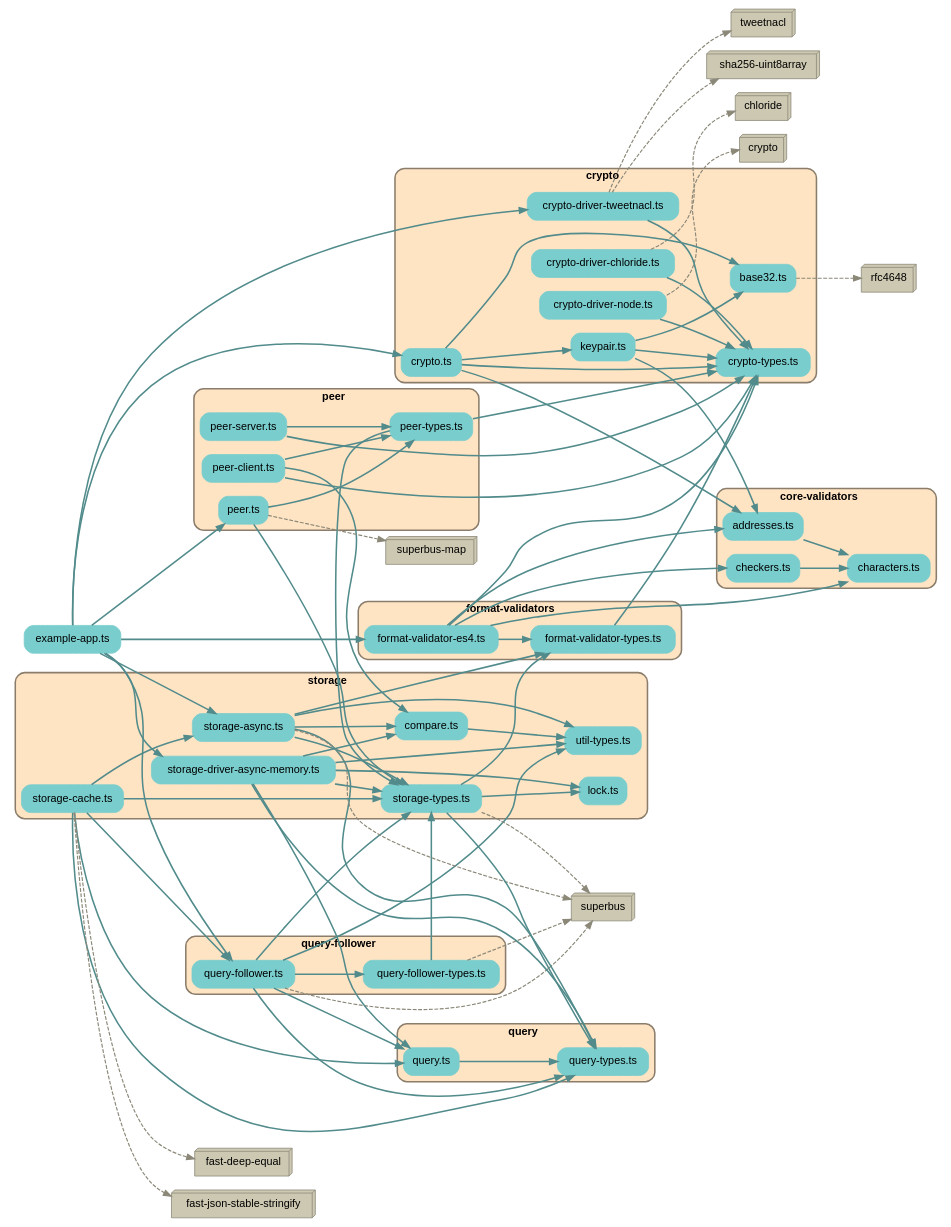
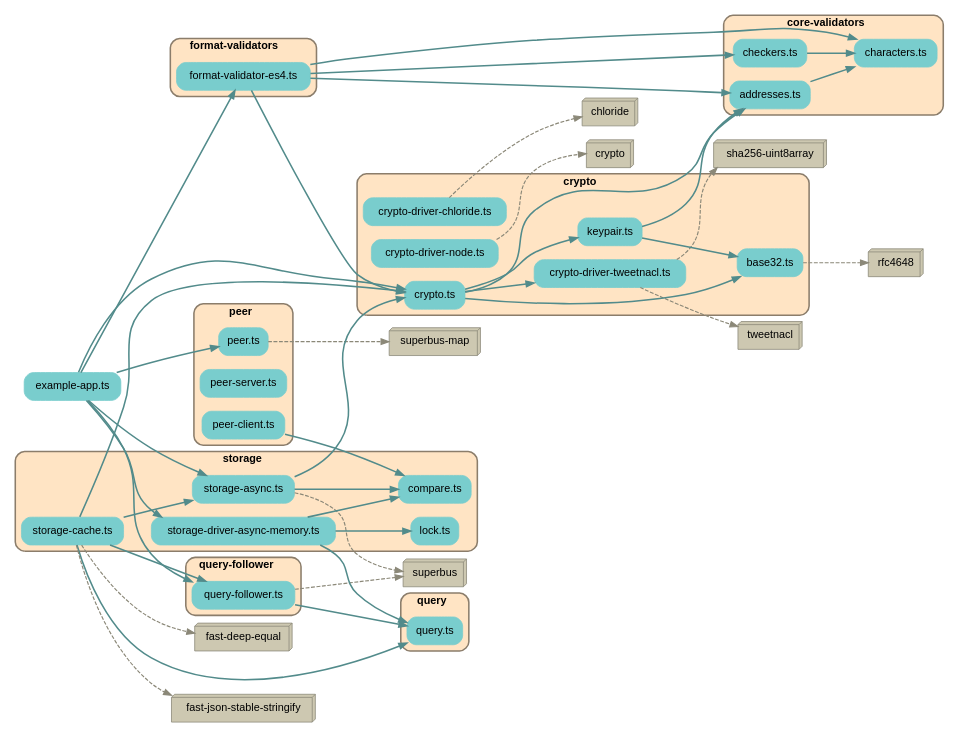
One commit to earthstar-project/earthstar changed the diagram in depchart/depchart-deps.dot. Above: the diagram before and after it, drawn with Graphviz. The commit also changed 11 other files, not shown here.

```diff
--- a/depchart/depchart-deps.dot
+++ b/depchart/depchart-deps.dot
@@ -13,7 +13,7 @@
     // files in their folder clusters
         "src/example-app.ts" [label="example-app.ts", shape=rectangle; style="rounded,filled"; color=darkslategray3];
 
-        subgraph cluster6145265235 {
+        subgraph cluster2351233740 {
             label=<<b>core-validators</b>>;
             style="rounded,filled";
             fillcolor=bisque;
@@ -25,7 +25,7 @@
             "src/core-validators/checkers.ts" [label="checkers.ts", shape=rectangle; style="rounded,filled"; color=darkslategray3];
         }
 
-        subgraph cluster9472546566 {
+        subgraph cluster9778582570 {
             label=<<b>crypto</b>>;
             style="rounded,filled";
             fillcolor=bisque;
@@ -36,12 +36,11 @@
             "src/crypto/crypto-driver-chloride.ts" [label="crypto-driver-chloride.ts", shape=rectangle; style="rounded,filled"; color=darkslategray3];
             "src/crypto/crypto-driver-node.ts" [label="crypto-driver-node.ts", shape=rectangle; style="rounded,filled"; color=darkslategray3];
             "src/crypto/crypto-driver-tweetnacl.ts" [label="crypto-driver-tweetnacl.ts", shape=rectangle; style="rounded,filled"; color=darkslategray3];
-            "src/crypto/crypto-types.ts" [label="crypto-types.ts", shape=rectangle; style="rounded,filled"; color=darkslategray3];
             "src/crypto/crypto.ts" [label="crypto.ts", shape=rectangle; style="rounded,filled"; color=darkslategray3];
             "src/crypto/keypair.ts" [label="keypair.ts", shape=rectangle; style="rounded,filled"; color=darkslategray3];
         }
 
-        subgraph cluster6405069589 {
+        subgraph cluster8573374882 {
             label=<<b>format-validators</b>>;
             style="rounded,filled";
             fillcolor=bisque;
@@ -49,10 +48,9 @@
             penwidth=2;
                     
             "src/format-validators/format-validator-es4.ts" [label="format-validator-es4.ts", shape=rectangle; style="rounded,filled"; color=darkslategray3];
-            "src/format-validators/format-validator-types.ts" [label="format-validator-types.ts", shape=rectangle; style="rounded,filled"; color=darkslategray3];
         }
 
-        subgraph cluster9331899579 {
+        subgraph cluster794025908 {
             label=<<b>peer</b>>;
             style="rounded,filled";
             fillcolor=bisque;
@@ -61,33 +59,30 @@
                     
             "src/peer/peer-client.ts" [label="peer-client.ts", shape=rectangle; style="rounded,filled"; color=darkslategray3];
             "src/peer/peer-server.ts" [label="peer-server.ts", shape=rectangle; style="rounded,filled"; color=darkslategray3];
-            "src/peer/peer-types.ts" [label="peer-types.ts", shape=rectangle; style="rounded,filled"; color=darkslategray3];
             "src/peer/peer.ts" [label="peer.ts", shape=rectangle; style="rounded,filled"; color=darkslategray3];
         }
 
-        subgraph cluster7051660984 {
+        subgraph cluster6085644162 {
             label=<<b>query-follower</b>>;
             style="rounded,filled";
             fillcolor=bisque;
             color=bisque4;
             penwidth=2;
                     
-            "src/query-follower/query-follower-types.ts" [label="query-follower-types.ts", shape=rectangle; style="rounded,filled"; color=darkslategray3];
             "src/query-follower/query-follower.ts" [label="query-follower.ts", shape=rectangle; style="rounded,filled"; color=darkslategray3];
         }
 
-        subgraph cluster6035414639 {
+        subgraph cluster4226488934 {
             label=<<b>query</b>>;
             style="rounded,filled";
             fillcolor=bisque;
             color=bisque4;
             penwidth=2;
                     
-            "src/query/query-types.ts" [label="query-types.ts", shape=rectangle; style="rounded,filled"; color=darkslategray3];
             "src/query/query.ts" [label="query.ts", shape=rectangle; style="rounded,filled"; color=darkslategray3];
         }
 
-        subgraph cluster5355224194 {
+        subgraph cluster2393717517 {
             label=<<b>storage</b>>;
             style="rounded,filled";
             fillcolor=bisque;
@@ -99,8 +94,6 @@
             "src/storage/storage-async.ts" [label="storage-async.ts", shape=rectangle; style="rounded,filled"; color=darkslategray3];
             "src/storage/storage-cache.ts" [label="storage-cache.ts", shape=rectangle; style="rounded,filled"; color=darkslategray3];
             "src/storage/storage-driver-async-memory.ts" [label="storage-driver-async-memory.ts", shape=rectangle; style="rounded,filled"; color=darkslategray3];
-            "src/storage/storage-types.ts" [label="storage-types.ts", shape=rectangle; style="rounded,filled"; color=darkslategray3];
-            "src/storage/util-types.ts" [label="util-types.ts", shape=rectangle; style="rounded,filled"; color=darkslategray3];
         }
 
     // packages not in their own cluster
@@ -117,65 +110,33 @@
     // edges between files
     "src/core-validators/addresses.ts" -> "src/core-validators/characters.ts" [penwidth=2; color=darkslategray4];
     "src/core-validators/checkers.ts" -> "src/core-validators/characters.ts" [penwidth=2; color=darkslategray4];
-    "src/crypto/crypto-driver-chloride.ts" -> "src/crypto/crypto-types.ts" [penwidth=2; color=darkslategray4];
-    "src/crypto/crypto-driver-node.ts" -> "src/crypto/crypto-types.ts" [penwidth=2; color=darkslategray4];
-    "src/crypto/crypto-driver-tweetnacl.ts" -> "src/crypto/crypto-types.ts" [penwidth=2; color=darkslategray4];
-    "src/crypto/crypto.ts" -> "src/crypto/crypto-types.ts" [penwidth=2; color=darkslategray4];
     "src/crypto/crypto.ts" -> "src/crypto/base32.ts" [penwidth=2; color=darkslategray4];
     "src/crypto/crypto.ts" -> "src/crypto/keypair.ts" [penwidth=2; color=darkslategray4];
     "src/crypto/crypto.ts" -> "src/core-validators/addresses.ts" [penwidth=2; color=darkslategray4];
+    "src/crypto/crypto.ts" -> "src/crypto/crypto-driver-tweetnacl.ts" [penwidth=2; color=darkslategray4];
     "src/crypto/keypair.ts" -> "src/crypto/base32.ts" [penwidth=2; color=darkslategray4];
-    "src/crypto/keypair.ts" -> "src/crypto/crypto-types.ts" [penwidth=2; color=darkslategray4];
     "src/crypto/keypair.ts" -> "src/core-validators/addresses.ts" [penwidth=2; color=darkslategray4];
     "src/example-app.ts" -> "src/format-validators/format-validator-es4.ts" [penwidth=2; color=darkslategray4];
     "src/example-app.ts" -> "src/storage/storage-driver-async-memory.ts" [penwidth=2; color=darkslategray4];
     "src/example-app.ts" -> "src/storage/storage-async.ts" [penwidth=2; color=darkslategray4];
     "src/example-app.ts" -> "src/crypto/crypto.ts" [penwidth=2; color=darkslategray4];
-    "src/example-app.ts" -> "src/crypto/crypto-driver-tweetnacl.ts" [penwidth=2; color=darkslategray4];
     "src/example-app.ts" -> "src/query-follower/query-follower.ts" [penwidth=2; color=darkslategray4];
     "src/example-app.ts" -> "src/peer/peer.ts" [penwidth=2; color=darkslategray4];
-    "src/format-validators/format-validator-es4.ts" -> "src/format-validators/format-validator-types.ts" [penwidth=2; color=darkslategray4];
-    "src/format-validators/format-validator-es4.ts" -> "src/crypto/crypto-types.ts" [penwidth=2; color=darkslategray4];
+    "src/format-validators/format-validator-es4.ts" -> "src/crypto/crypto.ts" [penwidth=2; color=darkslategray4];
     "src/format-validators/format-validator-es4.ts" -> "src/core-validators/characters.ts" [penwidth=2; color=darkslategray4];
     "src/format-validators/format-validator-es4.ts" -> "src/core-validators/checkers.ts" [penwidth=2; color=darkslategray4];
     "src/format-validators/format-validator-es4.ts" -> "src/core-validators/addresses.ts" [penwidth=2; color=darkslategray4];
-    "src/format-validators/format-validator-types.ts" -> "src/crypto/crypto-types.ts" [penwidth=2; color=darkslategray4];
-    "src/peer/peer-client.ts" -> "src/crypto/crypto-types.ts" [penwidth=2; color=darkslategray4];
-    "src/peer/peer-client.ts" -> "src/peer/peer-types.ts" [penwidth=2; color=darkslategray4];
     "src/peer/peer-client.ts" -> "src/storage/compare.ts" [penwidth=2; color=darkslategray4];
-    "src/peer/peer-server.ts" -> "src/crypto/crypto-types.ts" [penwidth=2; color=darkslategray4];
-    "src/peer/peer-server.ts" -> "src/peer/peer-types.ts" [penwidth=2; color=darkslategray4];
-    "src/peer/peer-types.ts" -> "src/storage/storage-types.ts" [penwidth=2; color=darkslategray4];
-    "src/peer/peer-types.ts" -> "src/crypto/crypto-types.ts" [penwidth=2; color=darkslategray4];
-    "src/peer/peer.ts" -> "src/storage/storage-types.ts" [penwidth=2; color=darkslategray4];
-    "src/peer/peer.ts" -> "src/peer/peer-types.ts" [penwidth=2; color=darkslategray4];
-    "src/query-follower/query-follower-types.ts" -> "src/storage/storage-types.ts" [penwidth=2; color=darkslategray4];
-    "src/query-follower/query-follower.ts" -> "src/storage/util-types.ts" [penwidth=2; color=darkslategray4];
-    "src/query-follower/query-follower.ts" -> "src/query/query-types.ts" [penwidth=2; color=darkslategray4];
-    "src/query-follower/query-follower.ts" -> "src/storage/storage-types.ts" [penwidth=2; color=darkslategray4];
     "src/query-follower/query-follower.ts" -> "src/query/query.ts" [penwidth=2; color=darkslategray4];
-    "src/query-follower/query-follower.ts" -> "src/query-follower/query-follower-types.ts" [penwidth=2; color=darkslategray4];
-    "src/query/query.ts" -> "src/query/query-types.ts" [penwidth=2; color=darkslategray4];
-    "src/storage/compare.ts" -> "src/storage/util-types.ts" [penwidth=2; color=darkslategray4];
-    "src/storage/storage-async.ts" -> "src/storage/util-types.ts" [penwidth=2; color=darkslategray4];
-    "src/storage/storage-async.ts" -> "src/query/query-types.ts" [penwidth=2; color=darkslategray4];
-    "src/storage/storage-async.ts" -> "src/storage/storage-types.ts" [penwidth=2; color=darkslategray4];
-    "src/storage/storage-async.ts" -> "src/format-validators/format-validator-types.ts" [penwidth=2; color=darkslategray4];
     "src/storage/storage-async.ts" -> "src/storage/compare.ts" [penwidth=2; color=darkslategray4];
+    "src/storage/storage-async.ts" -> "src/crypto/crypto.ts" [penwidth=2; color=darkslategray4];
     "src/storage/storage-cache.ts" -> "src/query/query.ts" [penwidth=2; color=darkslategray4];
     "src/storage/storage-cache.ts" -> "src/query-follower/query-follower.ts" [penwidth=2; color=darkslategray4];
-    "src/storage/storage-cache.ts" -> "src/query/query-types.ts" [penwidth=2; color=darkslategray4];
     "src/storage/storage-cache.ts" -> "src/storage/storage-async.ts" [penwidth=2; color=darkslategray4];
-    "src/storage/storage-cache.ts" -> "src/storage/storage-types.ts" [penwidth=2; color=darkslategray4];
-    "src/storage/storage-driver-async-memory.ts" -> "src/storage/util-types.ts" [penwidth=2; color=darkslategray4];
-    "src/storage/storage-driver-async-memory.ts" -> "src/query/query-types.ts" [penwidth=2; color=darkslategray4];
-    "src/storage/storage-driver-async-memory.ts" -> "src/storage/storage-types.ts" [penwidth=2; color=darkslategray4];
+    "src/storage/storage-cache.ts" -> "src/crypto/crypto.ts" [penwidth=2; color=darkslategray4];
     "src/storage/storage-driver-async-memory.ts" -> "src/storage/compare.ts" [penwidth=2; color=darkslategray4];
     "src/storage/storage-driver-async-memory.ts" -> "src/query/query.ts" [penwidth=2; color=darkslategray4];
     "src/storage/storage-driver-async-memory.ts" -> "src/storage/lock.ts" [penwidth=2; color=darkslategray4];
-    "src/storage/storage-types.ts" -> "src/query/query-types.ts" [penwidth=2; color=darkslategray4];
-    "src/storage/storage-types.ts" -> "src/format-validators/format-validator-types.ts" [penwidth=2; color=darkslategray4];
-    "src/storage/storage-types.ts" -> "src/storage/lock.ts" [penwidth=2; color=darkslategray4];
 
     // edges from files to packages
     "src/crypto/base32.ts" -> "rfc4648" [penwidth=1.5; style=dashed, color=cornsilk4, weight=1];
@@ -184,11 +145,9 @@
     "src/crypto/crypto-driver-tweetnacl.ts" -> "tweetnacl" [penwidth=1.5; style=dashed, color=cornsilk4, weight=1];
     "src/crypto/crypto-driver-tweetnacl.ts" -> "sha256-uint8array" [penwidth=1.5; style=dashed, color=cornsilk4, weight=1];
     "src/peer/peer.ts" -> "superbus-map" [penwidth=1.5; style=dashed, color=cornsilk4, weight=1];
-    "src/query-follower/query-follower-types.ts" -> "superbus" [penwidth=1.5; style=dashed, color=cornsilk4, weight=1];
     "src/query-follower/query-follower.ts" -> "superbus" [penwidth=1.5; style=dashed, color=cornsilk4, weight=1];
     "src/storage/storage-async.ts" -> "superbus" [penwidth=1.5; style=dashed, color=cornsilk4, weight=1];
     "src/storage/storage-cache.ts" -> "fast-deep-equal" [penwidth=1.5; style=dashed, color=cornsilk4, weight=1];
     "src/storage/storage-cache.ts" -> "fast-json-stable-stringify" [penwidth=1.5; style=dashed, color=cornsilk4, weight=1];
-    "src/storage/storage-types.ts" -> "superbus" [penwidth=1.5; style=dashed, color=cornsilk4, weight=1];
 
 }
```
